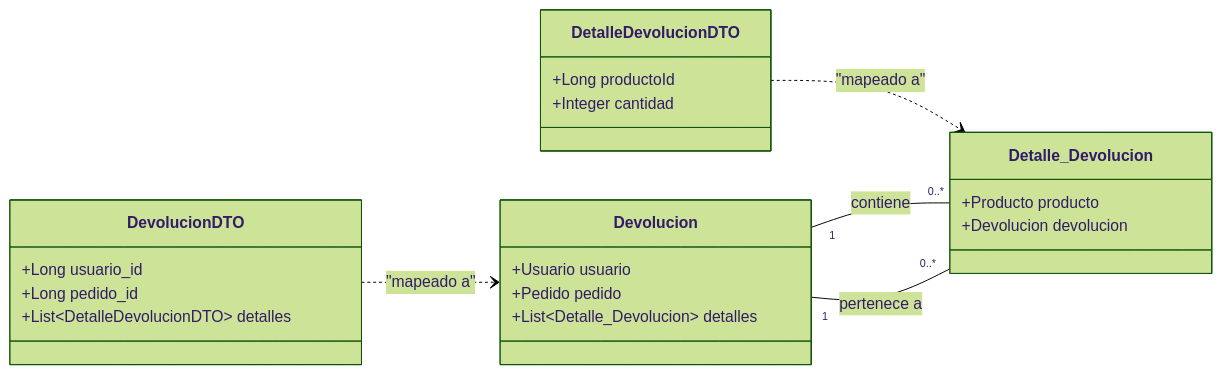
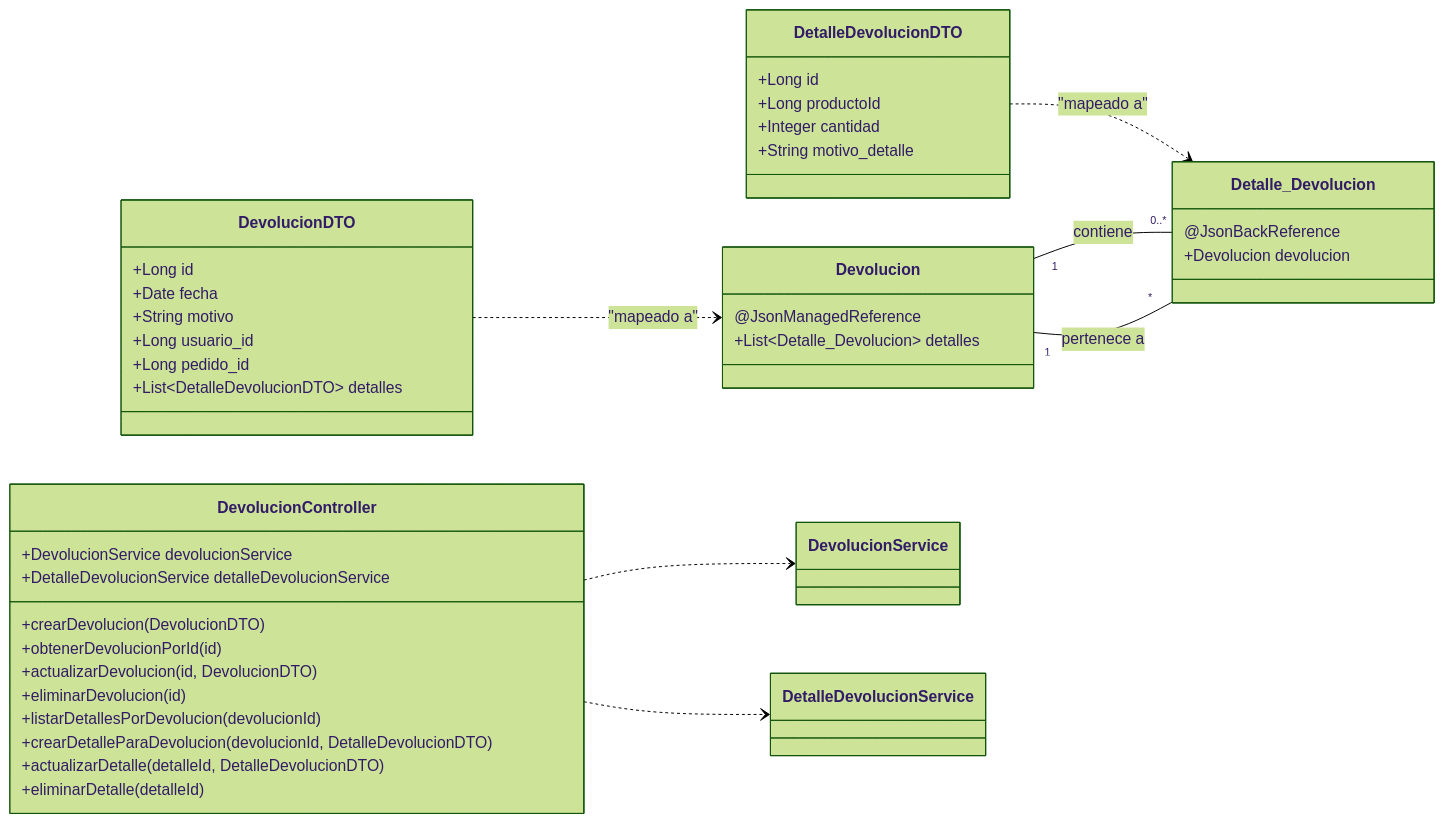
One commit to Auditoria-Informatica-Mainter/back-Mainter changed the fourth of 4 diagrams in BackendProject/src/notas_devoluciones.md. Above: the diagram before and after it, drawn with Mermaid (forest theme). The commit also changed other lines of this file and 6 other files, not shown here.

````diff
--- a/BackendProject/src/notas_devoluciones.md
+++ b/BackendProject/src/notas_devoluciones.md
@@ -105,28 +151,47 @@
 ```mermaid
 classDiagram
     direction LR
+    class DevolucionController {
+        +DevolucionService devolucionService
+        +DetalleDevolucionService detalleDevolucionService
+        +crearDevolucion(DevolucionDTO)
+        +obtenerDevolucionPorId(id)
+        +actualizarDevolucion(id, DevolucionDTO)
+        +eliminarDevolucion(id)
+        +listarDetallesPorDevolucion(devolucionId)
+        +crearDetalleParaDevolucion(devolucionId, DetalleDevolucionDTO)
+        +actualizarDetalle(detalleId, DetalleDevolucionDTO)
+        +eliminarDetalle(detalleId)
+    }
     class DevolucionDTO {
+      +Long id
+      +Date fecha
+      +String motivo
       +Long usuario_id
       +Long pedido_id
       +List~DetalleDevolucionDTO~ detalles
     }
     class DetalleDevolucionDTO {
+      +Long id
       +Long productoId
       +Integer cantidad
+      +String motivo_detalle
     }
     class Devolucion {
-      +Usuario usuario
-      +Pedido pedido
+      @JsonManagedReference
       +List~Detalle_Devolucion~ detalles
     }
     class Detalle_Devolucion {
-      +Producto producto
+      @JsonBackReference
       +Devolucion devolucion
     }
 
     DevolucionDTO ..> Devolucion : "mapeado a"
     DetalleDevolucionDTO ..> Detalle_Devolucion : "mapeado a"
 
     Devolucion "1" -- "0..*" Detalle_Devolucion : contiene
-    Detalle_Devolucion "0..*" -- "1" Devolucion : pertenece a
+    Detalle_Devolucion "*" -- "1" Devolucion : pertenece a
+
+    DevolucionController ..> DevolucionService
+    DevolucionController ..> DetalleDevolucionService
 ```
````
